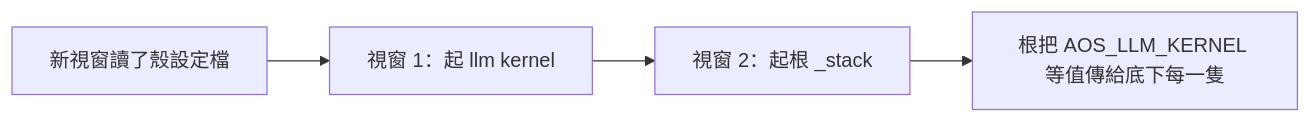
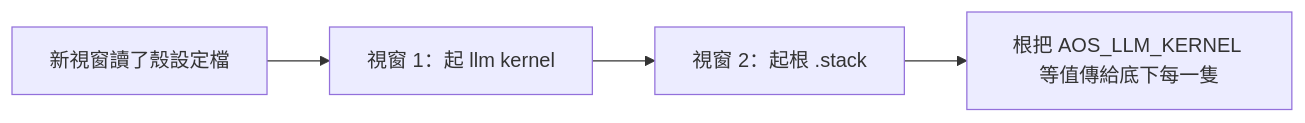
The diagram in wf/workflows/dev-env/03-換機.md (justty32/aos), drawn with Mermaid before and after one commit. The commit also changed other lines of this file and 24 other files, not shown here.

````diff
--- a/wf/workflows/dev-env/03-換機.md
+++ b/wf/workflows/dev-env/03-換機.md
@@ -91,6 +92,6 @@
 ```mermaid
 flowchart LR
     Z[新視窗讀了殼設定檔] --> L[視窗 1：起 llm kernel]
-    L --> R[視窗 2：起根 _stack]
+    L --> R[視窗 2：起根 .stack]
     R --> A[根把 AOS_LLM_KERNEL 等值傳給底下每一隻]
 ```
````
